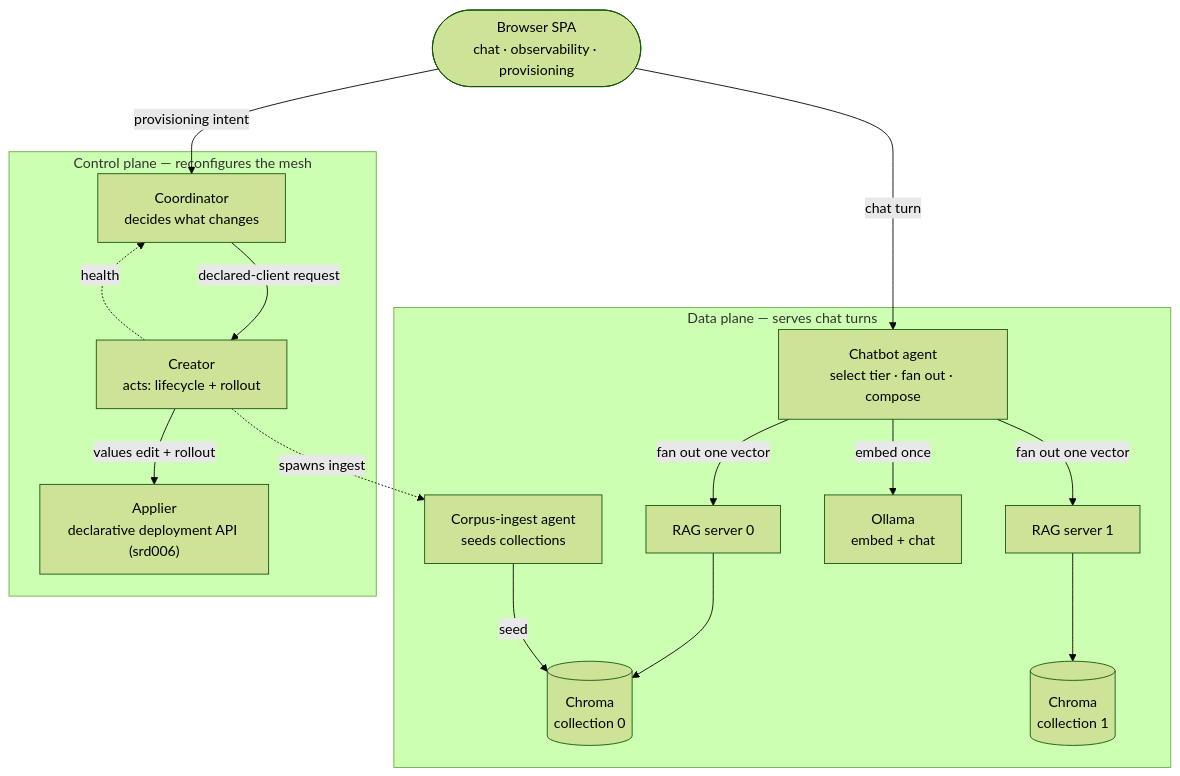
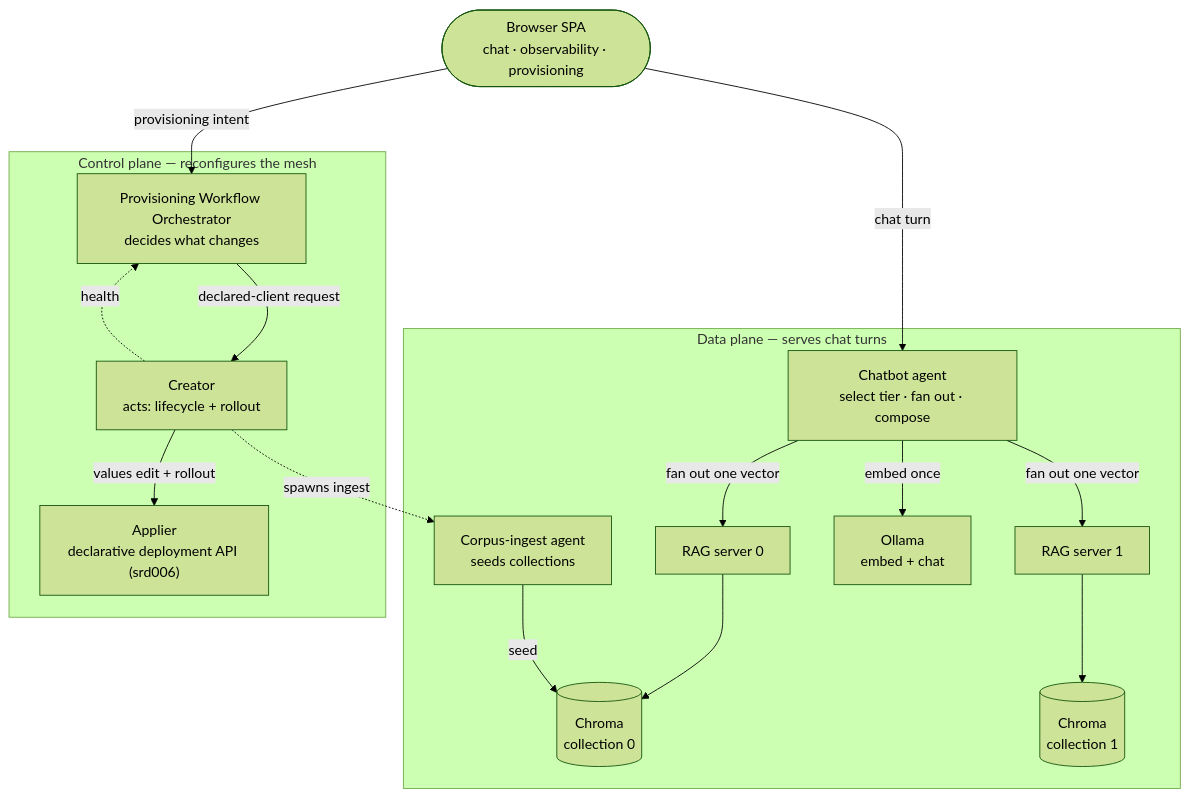
Before and after one commit to Acharya320/declarative-agents: the first of 4 diagrams in applications/chatbot-mesh/docs/how-it-works.md, drawn with Mermaid (forest theme). The commit also changed other lines of this file and 68 other files, not shown here.

First line of the commit message:
Rename mesh provisioning workflow orchestrator (GH-1077)

````diff
--- a/applications/chatbot-mesh/docs/how-it-works.md
+++ b/applications/chatbot-mesh/docs/how-it-works.md
@@ -20,33 +20,33 @@
 ```mermaid
 flowchart TB
   User(["Browser SPA<br/>chat · observability · provisioning"])
 
   subgraph DP["Data plane — serves chat turns"]
     CB["Chatbot agent<br/>select tier · fan out · compose"]
     R0["RAG server 0"]
     R1["RAG server 1"]
     CH0[("Chroma<br/>collection 0")]
     CH1[("Chroma<br/>collection 1")]
     OLL["Ollama<br/>embed + chat"]
     ING["Corpus-ingest agent<br/>seeds collections"]
   end
 
   subgraph CP["Control plane — reconfigures the mesh"]
-    CO["Coordinator<br/>decides what changes"]
+    CO["Provisioning Workflow Orchestrator<br/>decides what changes"]
     CR["Creator<br/>acts: lifecycle + rollout"]
     EX["Applier<br/>declarative deployment API (srd006)"]
   end
 
   User -->|chat turn| CB
   User -->|provisioning intent| CO
 
   CB -->|embed once| OLL
   CB -->|fan out one vector| R0 --> CH0
   CB -->|fan out one vector| R1 --> CH1
   ING -->|seed| CH0
 
   CO -->|declared-client request| CR
   CR -->|values edit + rollout| EX
   CR -.->|spawns ingest| ING
   CR -.->|health| CO
 ```
````
